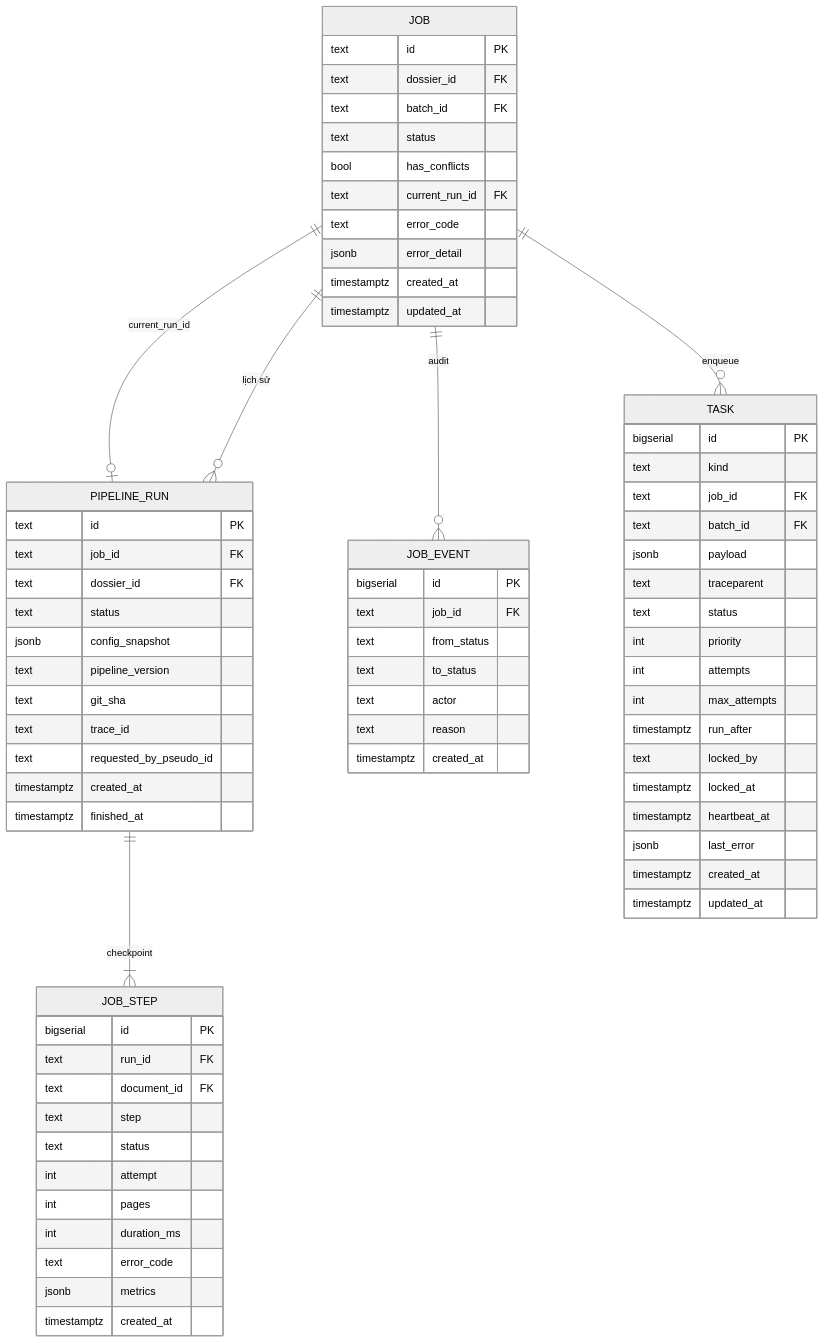
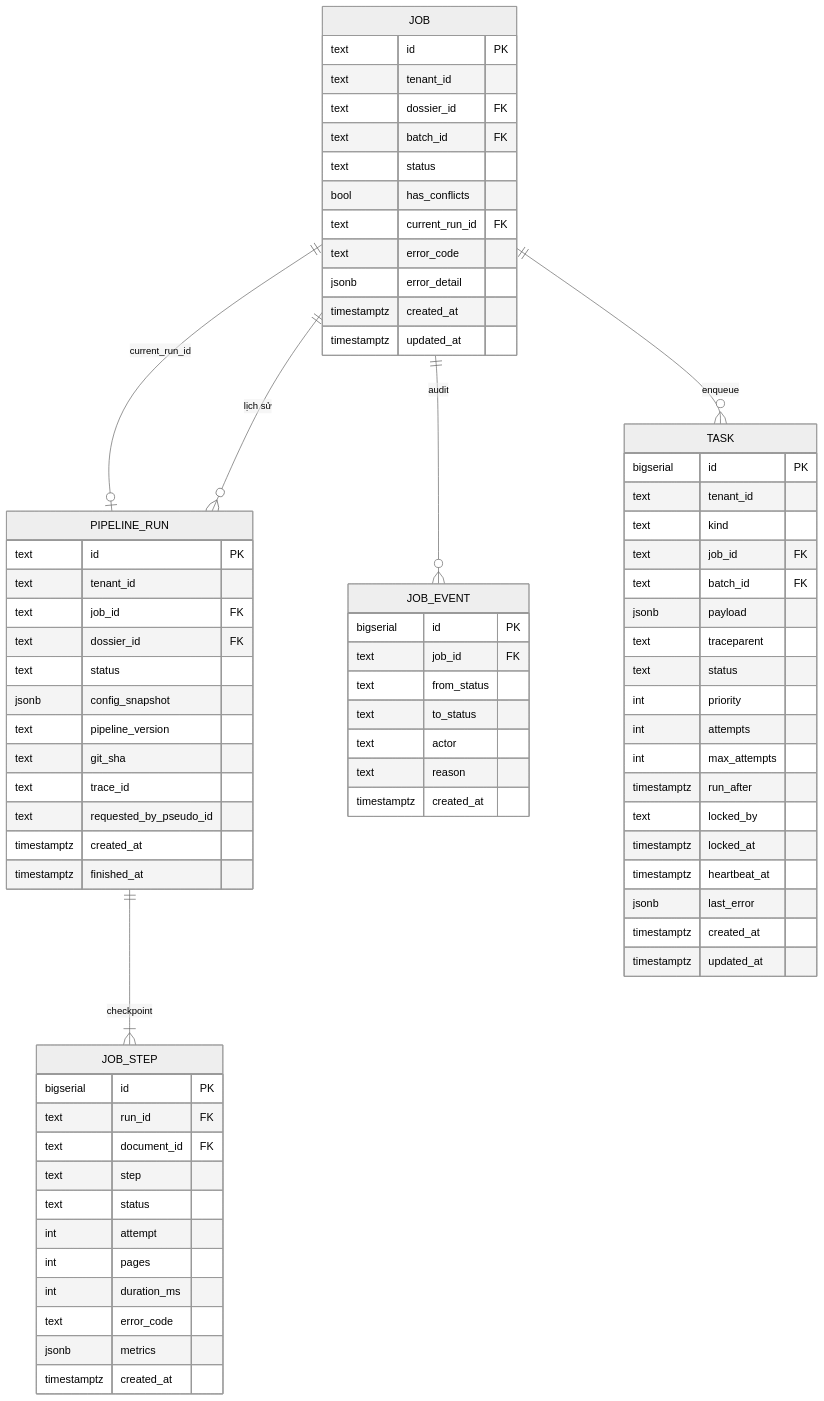
Before and after one commit to AI20K-VGR/contract-intelligence-core: the third of 10 diagrams in docs/DOC-04c-database-erd.md, drawn with Mermaid (neutral theme). The commit also changed other lines of this file and 5 other files, not shown here.

First line of the commit message:
docs: sync architecture, schema, api spec, and fe-be contract with semver

````diff
--- a/docs/DOC-04c-database-erd.md
+++ b/docs/DOC-04c-database-erd.md
@@ -299,75 +377,78 @@
 ```mermaid
 erDiagram
     JOB ||--o| PIPELINE_RUN   : "current_run_id"
     JOB ||--o{ PIPELINE_RUN   : "lịch sử"
     JOB ||--o{ JOB_EVENT      : "audit"
     JOB ||--o{ TASK           : "enqueue"
     PIPELINE_RUN ||--|{ JOB_STEP : "checkpoint"
 
     JOB {
         text id PK
+        text tenant_id
         text dossier_id FK
         text batch_id FK
         text status
         bool has_conflicts
         text current_run_id FK
         text error_code
         jsonb error_detail
         timestamptz created_at
         timestamptz updated_at
     }
     PIPELINE_RUN {
         text id PK
+        text tenant_id
         text job_id FK
         text dossier_id FK
         text status
         jsonb config_snapshot
         text pipeline_version
         text git_sha
         text trace_id
         text requested_by_pseudo_id
         timestamptz created_at
         timestamptz finished_at
     }
     JOB_STEP {
         bigserial id PK
         text run_id FK
         text document_id FK
         text step
         text status
         int attempt
         int pages
         int duration_ms
         text error_code
         jsonb metrics
         timestamptz created_at
     }
     TASK {
         bigserial id PK
+        text tenant_id
         text kind
         text job_id FK
         text batch_id FK
         jsonb payload
         text traceparent
         text status
         int priority
         int attempts
         int max_attempts
         timestamptz run_after
         text locked_by
         timestamptz locked_at
         timestamptz heartbeat_at
         jsonb last_error
         timestamptz created_at
         timestamptz updated_at
     }
     JOB_EVENT {
         bigserial id PK
         text job_id FK
         text from_status
         text to_status
         text actor
         text reason
         timestamptz created_at
     }
 ```
````
